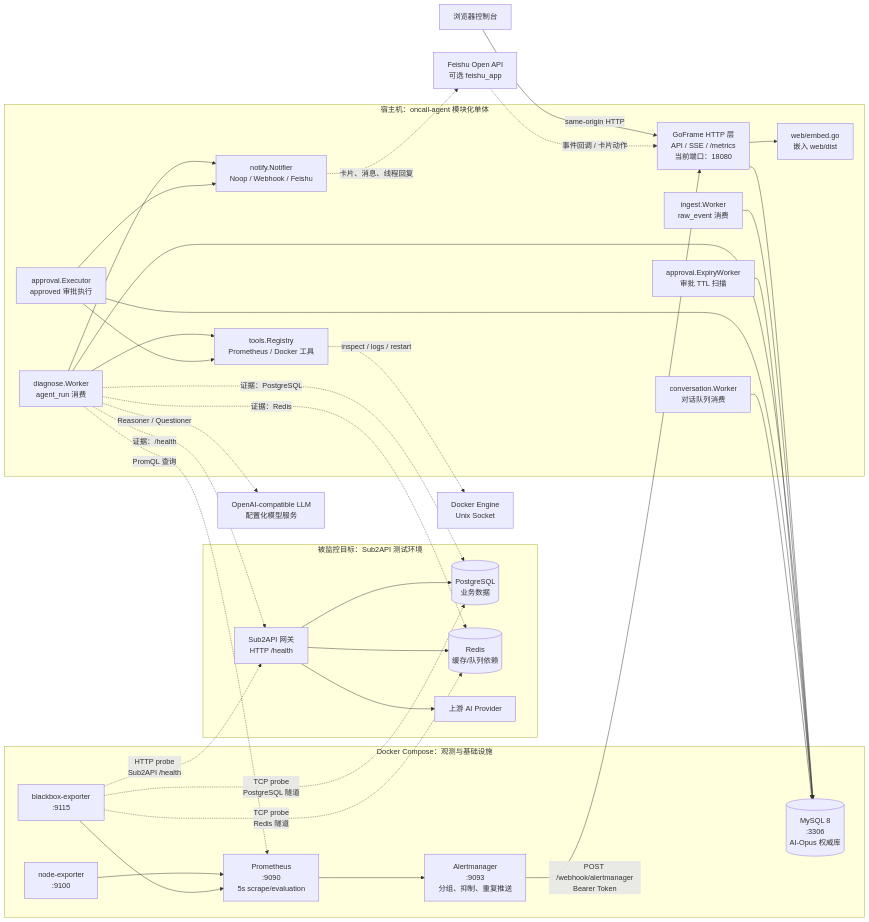
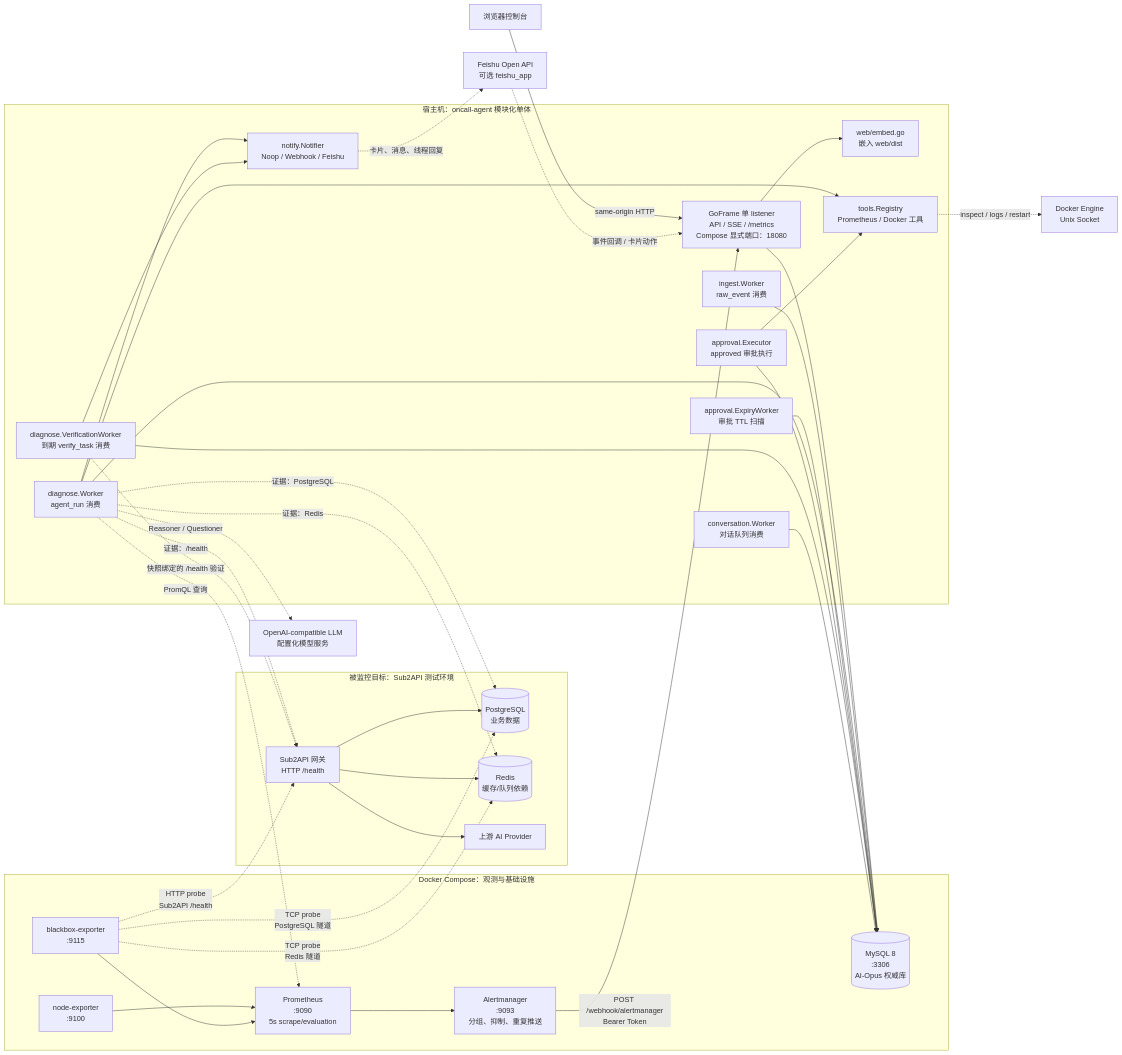
Before and after one commit to shentry/AI-Ops: the first of 10 diagrams in docs/current-architecture.md, drawn with Mermaid. The commit also changed other lines of this file and 153 other files, not shown here.

````diff
--- a/docs/current-architecture.md
+++ b/docs/current-architecture.md
@@ -19,70 +19,73 @@
 ```mermaid
 flowchart LR
     subgraph target["被监控目标：Sub2API 测试环境"]
         GW["Sub2API 网关<br/>HTTP /health"]
         PG[("PostgreSQL<br/>业务数据")]
         RD[("Redis<br/>缓存/队列依赖")]
         UP["上游 AI Provider"]
 
         GW --> PG
         GW --> RD
         GW --> UP
     end
 
     subgraph compose["Docker Compose：观测与基础设施"]
         NODE["node-exporter<br/>:9100"]
         BB["blackbox-exporter<br/>:9115"]
         PROM["Prometheus<br/>:9090<br/>5s scrape/evaluation"]
         AM["Alertmanager<br/>:9093<br/>分组、抑制、重复推送"]
         MYSQL[("MySQL 8<br/>:3306<br/>AI-Opus 权威库")]
 
         NODE --> PROM
         BB --> PROM
         PROM --> AM
     end
 
     BB -.->|"HTTP probe<br/>Sub2API /health"| GW
     BB -.->|"TCP probe<br/>PostgreSQL 隧道"| PG
     BB -.->|"TCP probe<br/>Redis 隧道"| RD
 
     subgraph mono["宿主机：oncall-agent 模块化单体"]
-        HTTP["GoFrame HTTP 层<br/>API / SSE / /metrics<br/>当前端口：18080"]
+        HTTP["GoFrame 单 listener<br/>API / SSE / /metrics<br/>Compose 显式端口：18080"]
         STATIC["web/embed.go<br/>嵌入 web/dist"]
         IW["ingest.Worker<br/>raw_event 消费"]
         DW["diagnose.Worker<br/>agent_run 消费"]
         EW["approval.ExpiryWorker<br/>审批 TTL 扫描"]
         EX["approval.Executor<br/>approved 审批执行"]
+        VW["diagnose.VerificationWorker<br/>到期 verify_task 消费"]
         CW["conversation.Worker<br/>对话队列消费"]
         REG["tools.Registry<br/>Prometheus / Docker 工具"]
         NOTIFY["notify.Notifier<br/>Noop / Webhook / Feishu"]
 
         HTTP --> STATIC
         HTTP --> MYSQL
         IW --> MYSQL
         DW --> MYSQL
         EW --> MYSQL
         EX --> MYSQL
+        VW --> MYSQL
         CW --> MYSQL
         DW --> REG
         EX --> REG
         DW --> NOTIFY
-        EX --> NOTIFY
+        VW --> NOTIFY
     end
 
     BROWSER["浏览器控制台"] -->|"same-origin HTTP"| HTTP
     AM -->|"POST /webhook/alertmanager<br/>Bearer Token"| HTTP
 
     DW -.->|"证据：/health"| GW
+    VW -.->|"快照绑定的 /health 验证"| GW
     DW -.->|"证据：PostgreSQL"| PG
     DW -.->|"证据：Redis"| RD
     DW -.->|"PromQL 查询"| PROM
 
     DOCKER["Docker Engine<br/>Unix Socket"]
     LLM["OpenAI-compatible LLM<br/>配置化模型服务"]
     FEISHU["Feishu Open API<br/>可选 feishu_app"]
 
     REG -.->|"inspect / logs / restart"| DOCKER
     DW -.->|"Reasoner / Questioner"| LLM
     NOTIFY -.->|"卡片、消息、线程回复"| FEISHU
     FEISHU -.->|"事件回调 / 卡片动作"| HTTP
 ```
````
